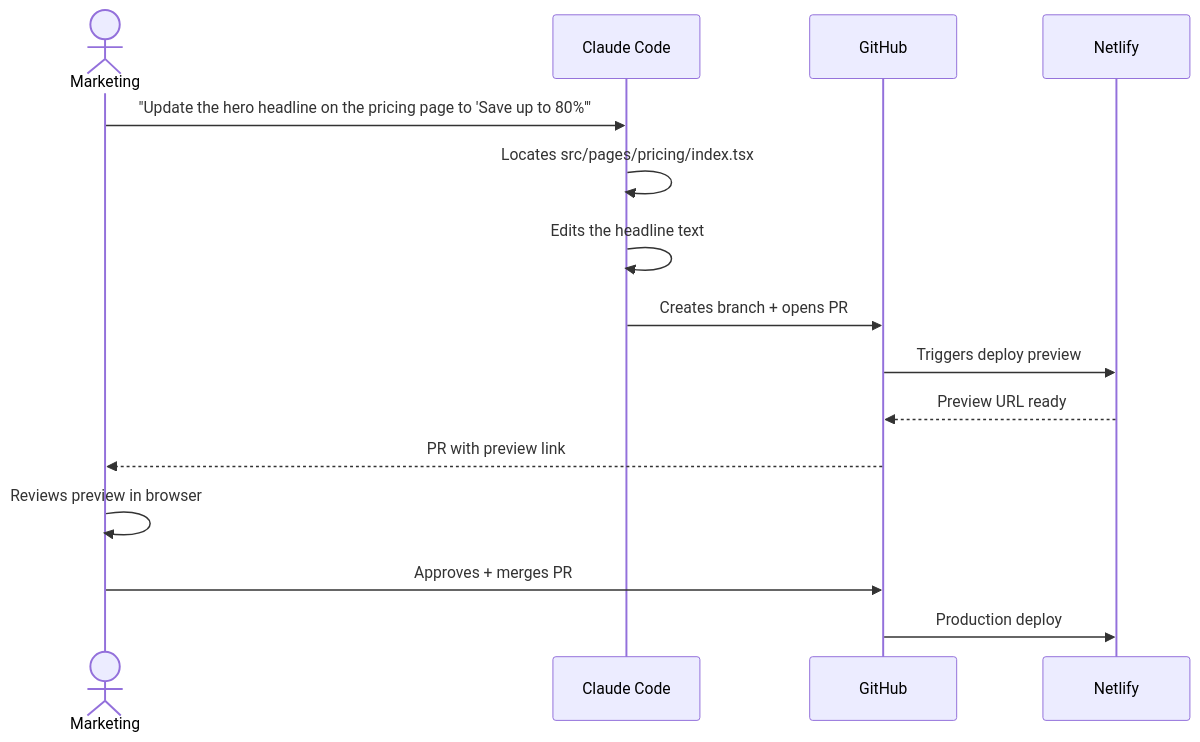
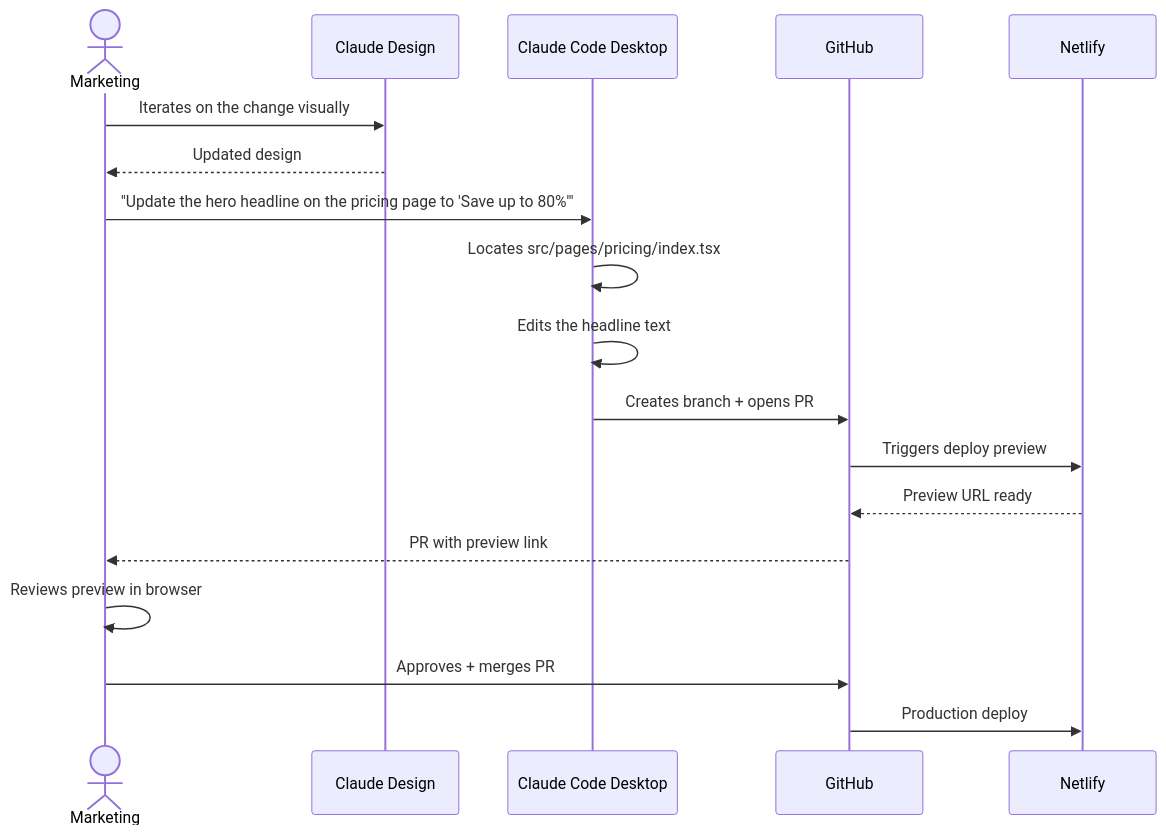
Before and after one commit to phil-inc/phil-us-contentful: the third of 13 diagrams in docs/proposal-remove-contentful.md, drawn with Mermaid. The commit also changed other lines of this file, not shown here.

First line of the commit message:
docs: consistently reference Claude Design + Claude Code Desktop together

````diff
--- a/docs/proposal-remove-contentful.md
+++ b/docs/proposal-remove-contentful.md
@@ -62,18 +63,21 @@
 ```mermaid
 sequenceDiagram
     actor Marketing
-    participant CC as Claude Code
+    participant CD as Claude Design
+    participant CC as Claude Code Desktop
     participant GH as GitHub
     participant NF as Netlify
 
+    Marketing->>CD: Iterates on the change visually
+    CD-->>Marketing: Updated design
     Marketing->>CC: "Update the hero headline on the pricing page to 'Save up to 80%'"
     CC->>CC: Locates src/pages/pricing/index.tsx
     CC->>CC: Edits the headline text
     CC->>GH: Creates branch + opens PR
     GH->>NF: Triggers deploy preview
     NF-->>GH: Preview URL ready
     GH-->>Marketing: PR with preview link
     Marketing->>Marketing: Reviews preview in browser
     Marketing->>GH: Approves + merges PR
     GH->>NF: Production deploy
 ```
````
